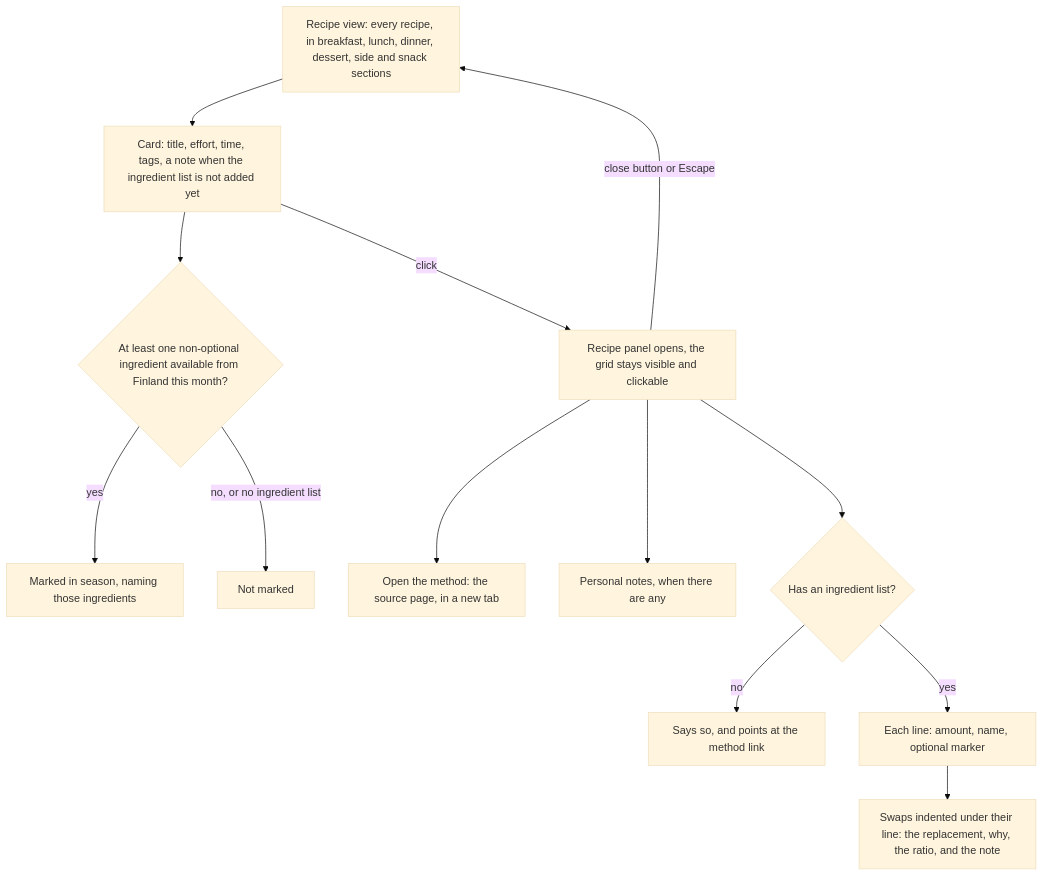
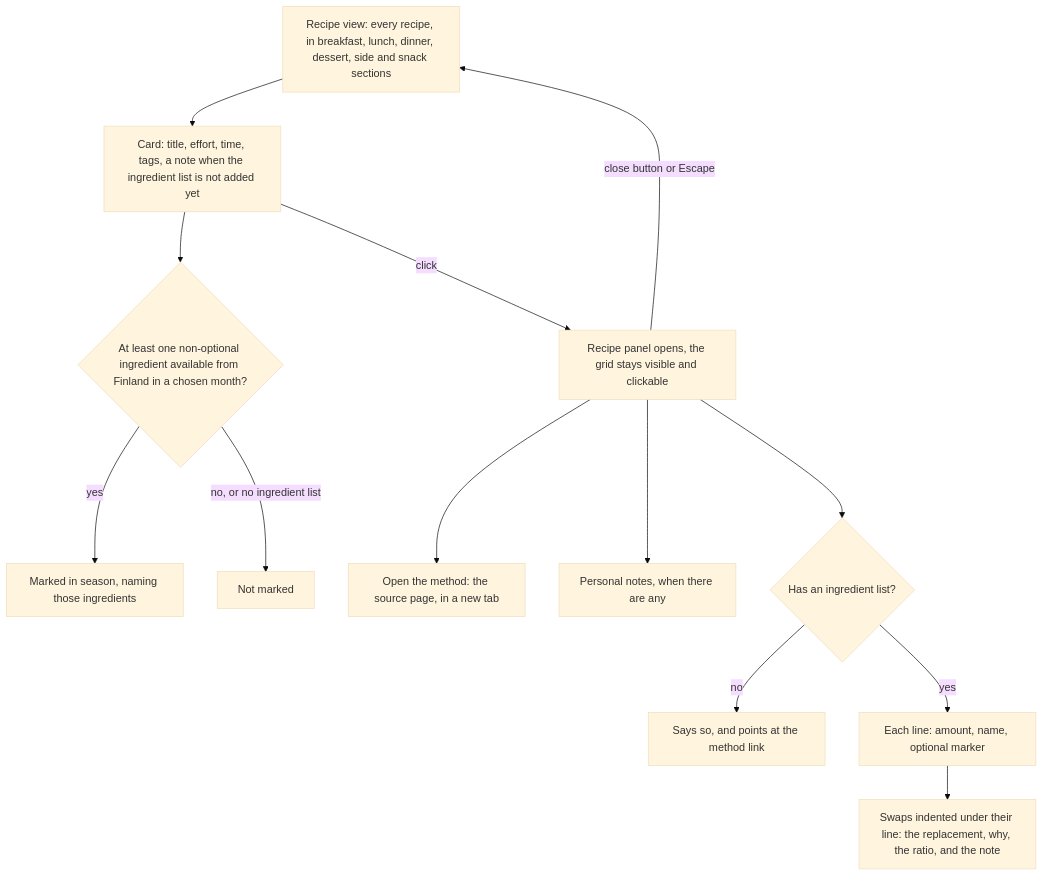
The fourth of 7 diagrams in docs/FLOWS.md (tiakangaspunta/eat-seasonal-app), drawn with Mermaid (base theme) before and after one commit. The commit also changed other lines of this file and 36 other files, not shown here.

````diff
--- a/docs/FLOWS.md
+++ b/docs/FLOWS.md
@@ -59,16 +89,16 @@
 ```mermaid
 flowchart TD
     recipes["Recipe view: every recipe, in breakfast, lunch, dinner, dessert, side and snack sections"]
     recipes --> card["Card: title, effort, time, tags, a note when the ingredient list is not added yet"]
-    card --> season{"At least one non-optional ingredient available from Finland this month?"}
+    card --> season{"At least one non-optional ingredient available from Finland in a chosen month?"}
     season -->|"yes"| marked["Marked in season, naming those ingredients"]
     season -->|"no, or no ingredient list"| unmarked["Not marked"]
     card -->|"click"| panel["Recipe panel opens, the grid stays visible and clickable"]
     panel --> method["Open the method: the source page, in a new tab"]
     panel --> notes["Personal notes, when there are any"]
     panel --> list{"Has an ingredient list?"}
     list -->|"no"| empty["Says so, and points at the method link"]
     list -->|"yes"| lines["Each line: amount, name, optional marker"]
     lines --> swaps["Swaps indented under their line: the replacement, why, the ratio, and the note"]
     panel -->|"close button or Escape"| recipes
 ```
````
